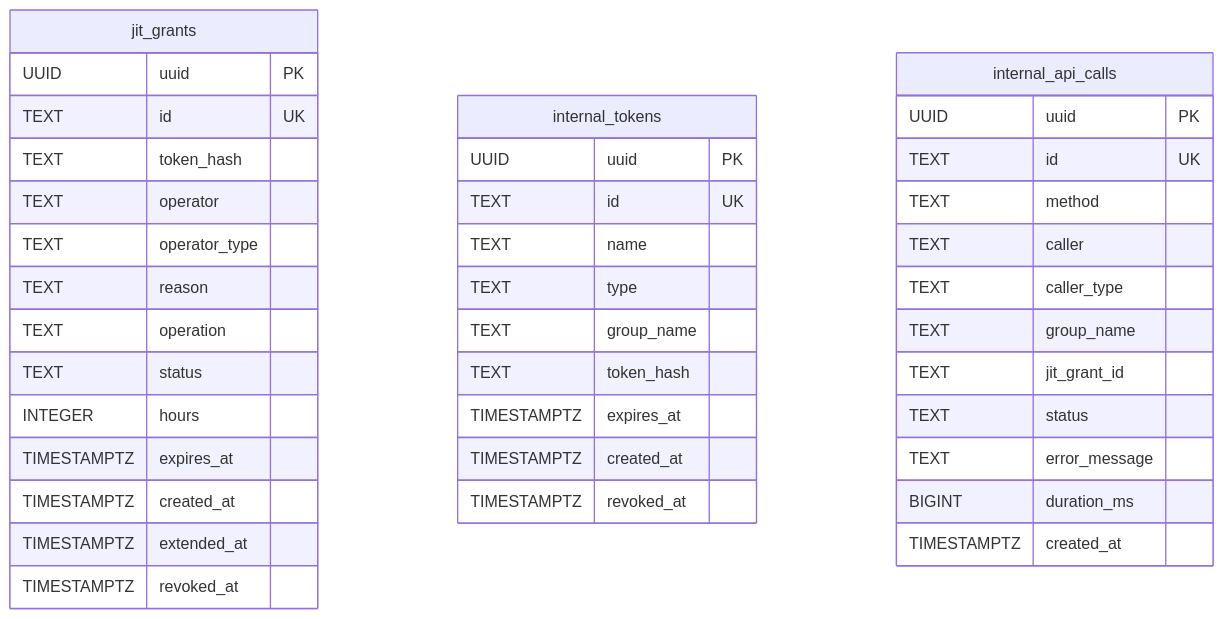
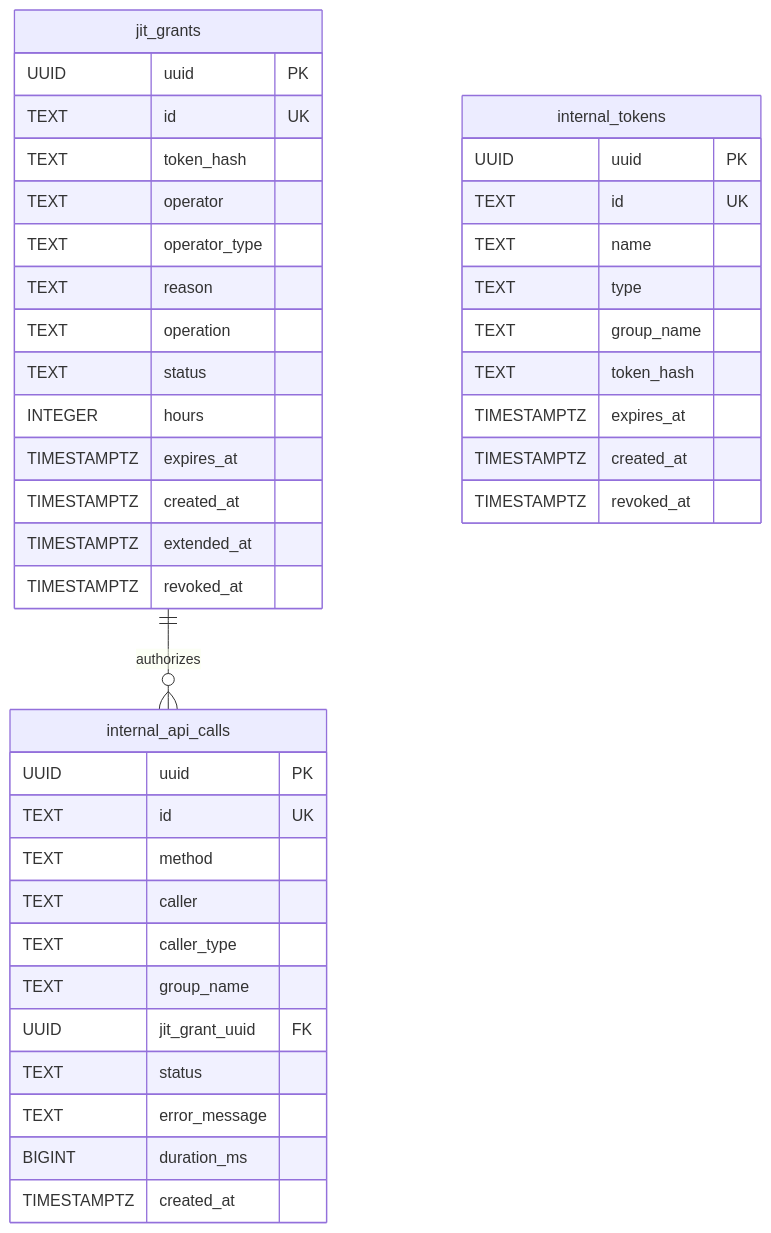
Before and after one commit to rohitramu/quadsmith: the diagram in src/db/quadsmith_ops.mermaid, drawn with Mermaid. The commit also changed 26 other files, not shown here.

```diff
--- a/src/db/quadsmith_ops.mermaid
+++ b/src/db/quadsmith_ops.mermaid
@@ -1,42 +1,44 @@
 erDiagram
     jit_grants {
         UUID uuid PK
         TEXT id UK
         TEXT token_hash
         TEXT operator
         TEXT operator_type
         TEXT reason
         TEXT operation
         TEXT status
         INTEGER hours
         TIMESTAMPTZ expires_at
         TIMESTAMPTZ created_at
         TIMESTAMPTZ extended_at
         TIMESTAMPTZ revoked_at
     }
 
     internal_tokens {
         UUID uuid PK
         TEXT id UK
         TEXT name
         TEXT type
         TEXT group_name
         TEXT token_hash
         TIMESTAMPTZ expires_at
         TIMESTAMPTZ created_at
         TIMESTAMPTZ revoked_at
     }
 
     internal_api_calls {
         UUID uuid PK
         TEXT id UK
         TEXT method
         TEXT caller
         TEXT caller_type
         TEXT group_name
-        TEXT jit_grant_id
+        UUID jit_grant_uuid FK
         TEXT status
         TEXT error_message
         BIGINT duration_ms
         TIMESTAMPTZ created_at
     }
+
+    jit_grants ||--o{ internal_api_calls : authorizes
```
